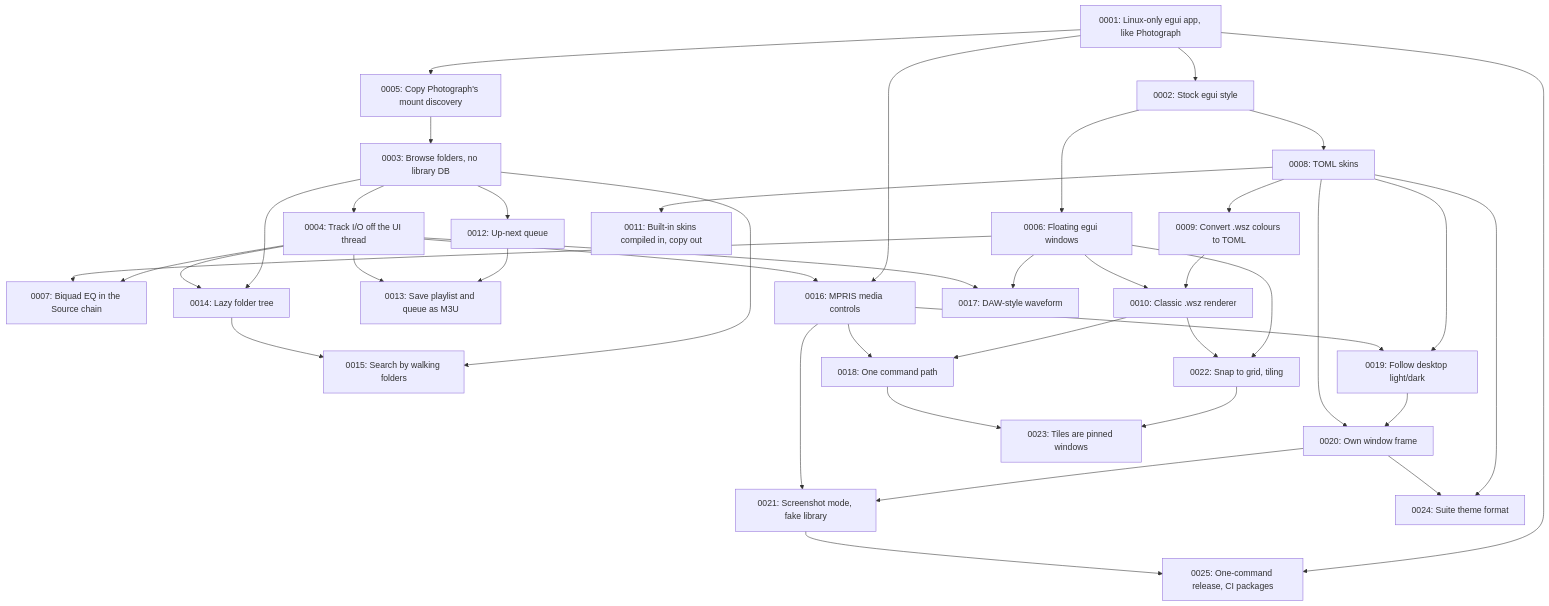
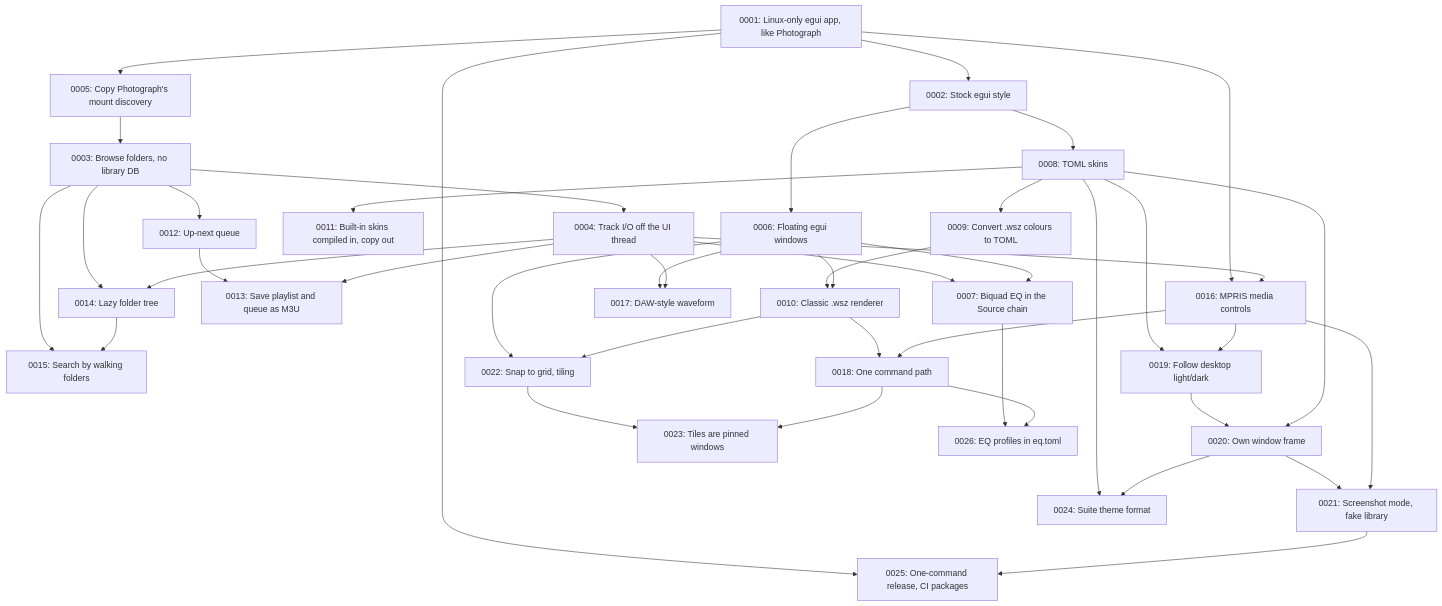
Before and after one commit to divanvisagie/UnAmp: the diagram in docs/adr/README.md, drawn with Mermaid. The commit also changed other lines of this file and 8 other files, not shown here.

````diff
--- a/docs/adr/README.md
+++ b/docs/adr/README.md
@@ -71,42 +72,44 @@
 ```mermaid
 flowchart TD
     A[0001: Linux-only egui app, like Photograph] --> B[0002: Stock egui style]
     A --> E[0005: Copy Photograph's mount discovery]
     C[0003: Browse folders, no library DB] --> D[0004: Track I/O off the UI thread]
     E --> C
     B --> F[0006: Floating egui windows]
     D --> G[0007: Biquad EQ in the Source chain]
     F --> G
     B --> H[0008: TOML skins]
     H --> I[0009: Convert .wsz colours to TOML]
     I --> J[0010: Classic .wsz renderer]
     F --> J
     H --> K[0011: Built-in skins compiled in, copy out]
     C --> L[0012: Up-next queue]
     L --> M[0013: Save playlist and queue as M3U]
     D --> M
     C --> N[0014: Lazy folder tree]
     D --> N
     C --> O[0015: Search by walking folders]
     N --> O
     A --> P[0016: MPRIS media controls]
     D --> P
     F --> Q[0017: DAW-style waveform]
     D --> Q
     J --> R[0018: One command path]
     P --> R
     H --> S[0019: Follow desktop light/dark]
     P --> S
     S --> T[0020: Own window frame]
     H --> T
     T --> U[0021: Screenshot mode, fake library]
     P --> U
     F --> V[0022: Snap to grid, tiling]
     J --> V
     V --> W[0023: Tiles are pinned windows]
     R --> W
     H --> X[0024: Suite theme format]
     T --> X
     A --> Y[0025: One-command release, CI packages]
     U --> Y
+    G --> Z[0026: EQ profiles in eq.toml]
+    R --> Z
 ```
````
